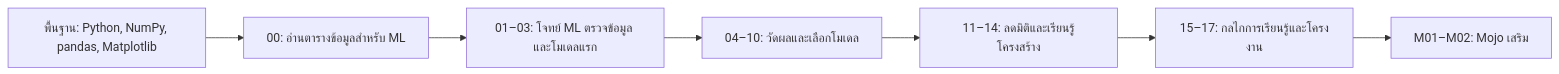
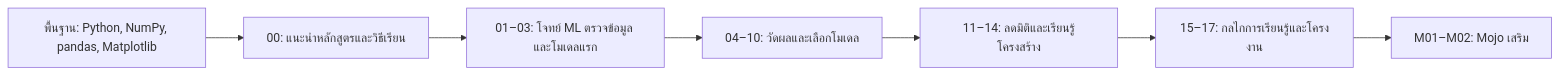
Before and after one commit to KOPE-SOLUTION/machine-learning: the diagram in README.md, drawn with Mermaid. The commit also changed other lines of this file and 15 other files, not shown here.

````diff
--- a/README.md
+++ b/README.md
@@ -39,9 +39,9 @@
 ```mermaid
 flowchart LR
-  P["พื้นฐาน: Python, NumPy, pandas, Matplotlib"] --> R["00: อ่านตารางข้อมูลสำหรับ ML"]
+  P["พื้นฐาน: Python, NumPy, pandas, Matplotlib"] --> R["00: แนะนำหลักสูตรและวิธีเรียน"]
   R --> A["01–03: โจทย์ ML ตรวจข้อมูล และโมเดลแรก"]
   A --> B["04–10: วัดผลและเลือกโมเดล"]
   B --> C["11–14: ลดมิติและเรียนรู้โครงสร้าง"]
   C --> D["15–17: กลไกการเรียนรู้และโครงงาน"]
   D --> E["M01–M02: Mojo เสริม"]
 ```
````
